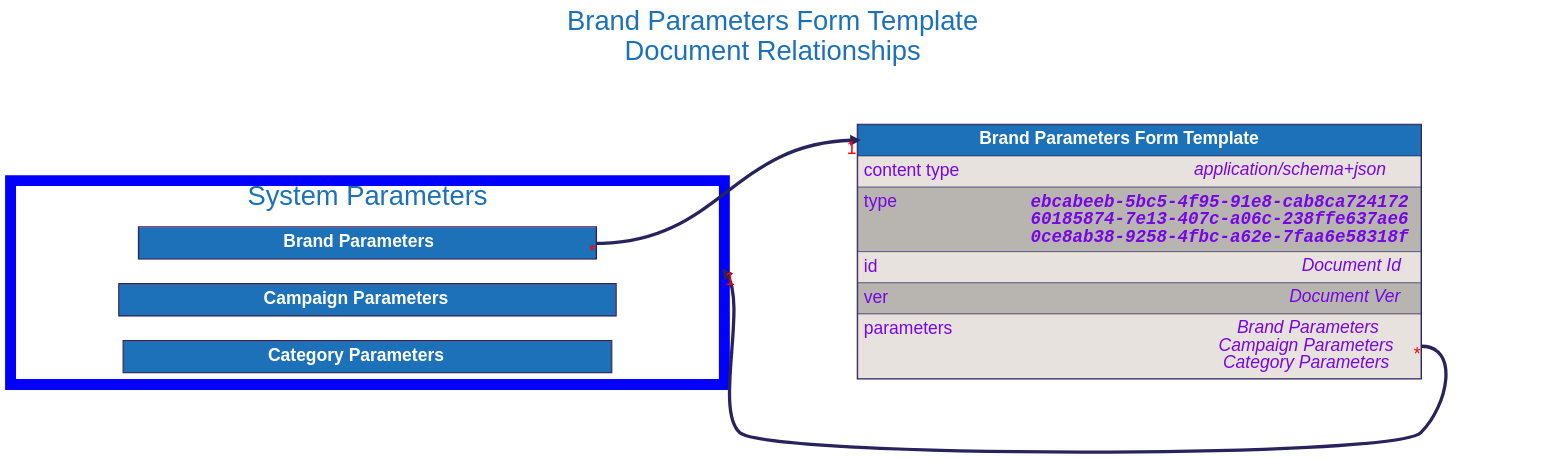
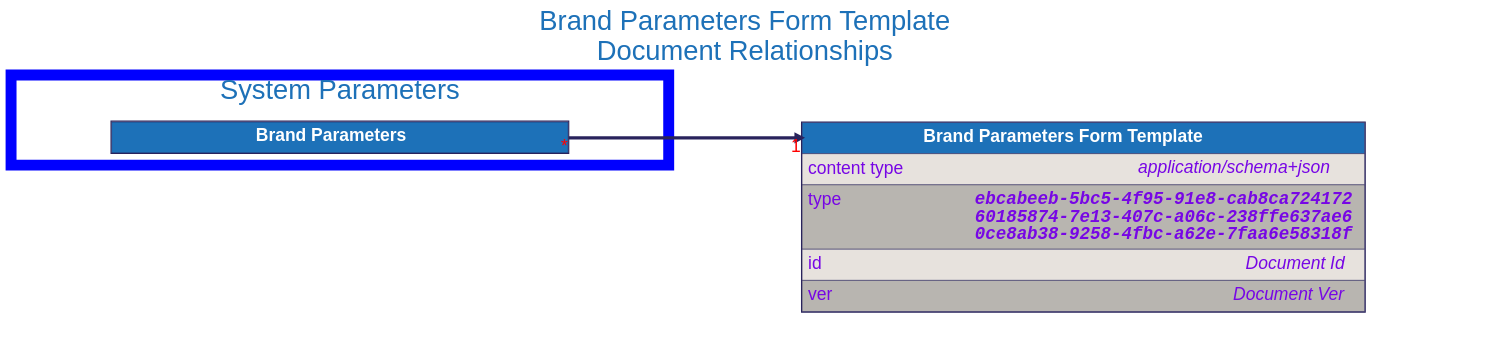
Before and after one commit to input-output-hk/catalyst-libs: the diagram in docs/src/architecture/08_concepts/signed_doc/diagrams/brand_parameters_form_template.dot, drawn with Graphviz. The commit also changed 15 other files, not shown here.

```diff
--- a/docs/src/architecture/08_concepts/signed_doc/diagrams/brand_parameters_form_template.dot
+++ b/docs/src/architecture/08_concepts/signed_doc/diagrams/brand_parameters_form_template.dot
@@ -1,134 +1,93 @@
 digraph "Brand Parameters Form Template" {
     rankdir="LR"
     graph [fontname="helvetica", fontsize="32", fontcolor="#29235c", bgcolor="white"];
     node [penwidth="0", margin="0", fontname="helvetica", fontsize="32", fontcolor="#29235c"];
     edge [fontname="helvetica", fontsize="32", fontcolor="red", color="#29235c"];
 
     labelloc="t"
     label="Brand Parameters Form Template
 Document Relationships"
     fontcolor="#1d71b8"
     fontsize=50
     compound=true
 
 
-
-    subgraph cluster_system_parameters {
-        label = "System Parameters";
-        color=blue
-        penwidth=20
-
-        "Brand Parameters" [
-            id="Brand Parameters";
-            label=<
-                <TABLE BORDER="2" COLOR="#29235c" CELLBORDER="1" CELLSPACING="0" CELLPADDING="10">
-                <TR>
-                    <TD PORT="title" BGCOLOR="#1d71b8" HREF="../brand_parameters/">
-                        <FONT COLOR="#ffffff"><B> Brand Parameters </B></FONT>
-                    </TD>
-                </TR>
-
-                </TABLE>
-            >
-        ];
-
-
-        "Campaign Parameters" [
-            id="Campaign Parameters";
-            label=<
-                <TABLE BORDER="2" COLOR="#29235c" CELLBORDER="1" CELLSPACING="0" CELLPADDING="10">
-                <TR>
-                    <TD PORT="title" BGCOLOR="#1d71b8" HREF="../campaign_parameters/">
-                        <FONT COLOR="#ffffff"><B> Campaign Parameters </B></FONT>
-                    </TD>
-                </TR>
-
-                </TABLE>
-            >
-        ];
-
-
-        "Category Parameters" [
-            id="Category Parameters";
-            label=<
-                <TABLE BORDER="2" COLOR="#29235c" CELLBORDER="1" CELLSPACING="0" CELLPADDING="10">
-                <TR>
-                    <TD PORT="title" BGCOLOR="#1d71b8" HREF="../category_parameters/">
-                        <FONT COLOR="#ffffff"><B> Category Parameters </B></FONT>
-                    </TD>
-                </TR>
-
-                </TABLE>
-            >
-        ];
-
-    }
 
     "Brand Parameters Form Template" [
         id="Brand Parameters Form Template";
         label=<
             <TABLE BORDER="2" COLOR="#29235c" CELLBORDER="1" CELLSPACING="0" CELLPADDING="10">
             <TR>
                 <TD PORT="title" BGCOLOR="#1d71b8" HREF="../brand_parameters_form_template/">
                     <FONT COLOR="#ffffff"><B> Brand Parameters Form Template </B></FONT>
                 </TD>
             </TR>
             <TR>
                 <TD ALIGN="LEFT" PORT="content type" BGCOLOR="#e7e2dd">
                     <TABLE CELLPADDING="0" CELLSPACING="0" BORDER="0">
                         <TR>
                             <TD ALIGN="LEFT" VALIGN="TOP" WIDTH="200"><FONT COLOR="#7706E5">content type</FONT></TD>
                             <TD ALIGN="RIGHT"><FONT COLOR="#7706E5"><I>application/schema+json</I></FONT></TD>
                         </TR>
                     </TABLE>
                 </TD>
             </TR>
             <TR>
                 <TD ALIGN="LEFT" PORT="type" BGCOLOR="#b8b5b0">
                     <TABLE CELLPADDING="0" CELLSPACING="0" BORDER="0">
                         <TR>
                             <TD ALIGN="LEFT" VALIGN="TOP" WIDTH="200"><FONT COLOR="#7706E5">type</FONT></TD>
                             <TD ALIGN="RIGHT"><FONT FACE="Courier" COLOR="#7706E5"><B><I>ebcabeeb-5bc5-4f95-91e8-cab8ca724172<BR />60185874-7e13-407c-a06c-238ffe637ae6<BR />0ce8ab38-9258-4fbc-a62e-7faa6e58318f</I></B></FONT></TD>
                         </TR>
                     </TABLE>
                 </TD>
             </TR>
             <TR>
                 <TD ALIGN="LEFT" PORT="id" BGCOLOR="#e7e2dd">
                     <TABLE CELLPADDING="0" CELLSPACING="0" BORDER="0">
                         <TR>
                             <TD ALIGN="LEFT" VALIGN="TOP" WIDTH="200"><FONT COLOR="#7706E5">id</FONT></TD>
                             <TD ALIGN="RIGHT"><FONT COLOR="#7706E5"><I>Document Id</I></FONT></TD>
                         </TR>
                     </TABLE>
                 </TD>
             </TR>
             <TR>
                 <TD ALIGN="LEFT" PORT="ver" BGCOLOR="#b8b5b0">
                     <TABLE CELLPADDING="0" CELLSPACING="0" BORDER="0">
                         <TR>
                             <TD ALIGN="LEFT" VALIGN="TOP" WIDTH="200"><FONT COLOR="#7706E5">ver</FONT></TD>
                             <TD ALIGN="RIGHT"><FONT COLOR="#7706E5"><I>Document Ver</I></FONT></TD>
                         </TR>
                     </TABLE>
                 </TD>
             </TR>
-            <TR>
-                <TD ALIGN="LEFT" PORT="parameters" BGCOLOR="#e7e2dd">
-                    <TABLE CELLPADDING="0" CELLSPACING="0" BORDER="0">
-                        <TR>
-                            <TD ALIGN="LEFT" VALIGN="TOP" WIDTH="200"><FONT COLOR="#7706E5">parameters</FONT></TD>
-                            <TD ALIGN="RIGHT"><FONT COLOR="#7706E5"><I>Brand Parameters<BR />Campaign Parameters<BR />Category Parameters</I></FONT></TD>
-                        </TR>
-                    </TABLE>
-                </TD>
-            </TR>
 
             </TABLE>
         >
     ];
 
 
-    "Brand Parameters Form Template":"parameters":e -> "Brand Parameters" [dir=forward, penwidth=6, color="#29235c", headlabel="1", taillabel="*", lhead="cluster_system_parameters"]
+    subgraph cluster_system_parameters {
+        label = "System Parameters";
+        color=blue
+        penwidth=20
+
+        "Brand Parameters" [
+            id="Brand Parameters";
+            label=<
+                <TABLE BORDER="2" COLOR="#29235c" CELLBORDER="1" CELLSPACING="0" CELLPADDING="10">
+                <TR>
+                    <TD PORT="title" BGCOLOR="#1d71b8" HREF="../brand_parameters/">
+                        <FONT COLOR="#ffffff"><B> Brand Parameters </B></FONT>
+                    </TD>
+                </TR>
+
+                </TABLE>
+            >
+        ];
+
+    }
+
     "Brand Parameters":"title":e -> "Brand Parameters Form Template":"title":w [dir=forward, penwidth=6, color="#29235c", headlabel="1", taillabel="*"]
 }
```
